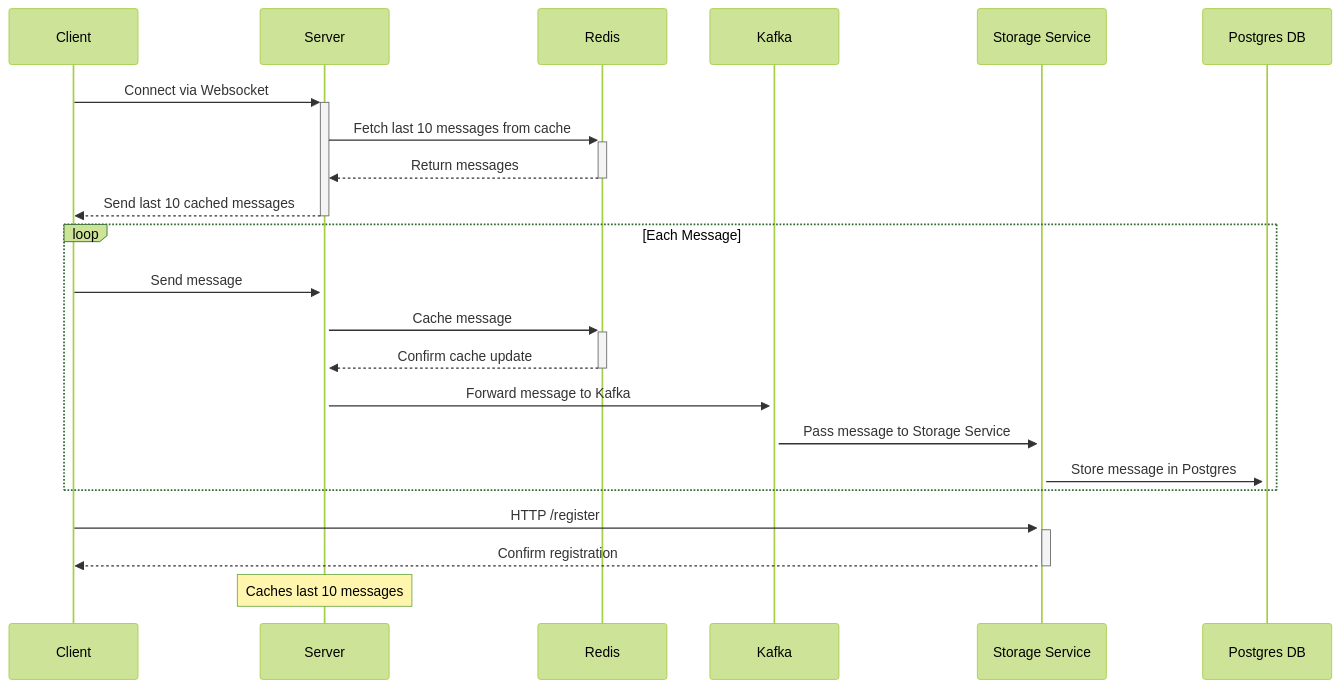
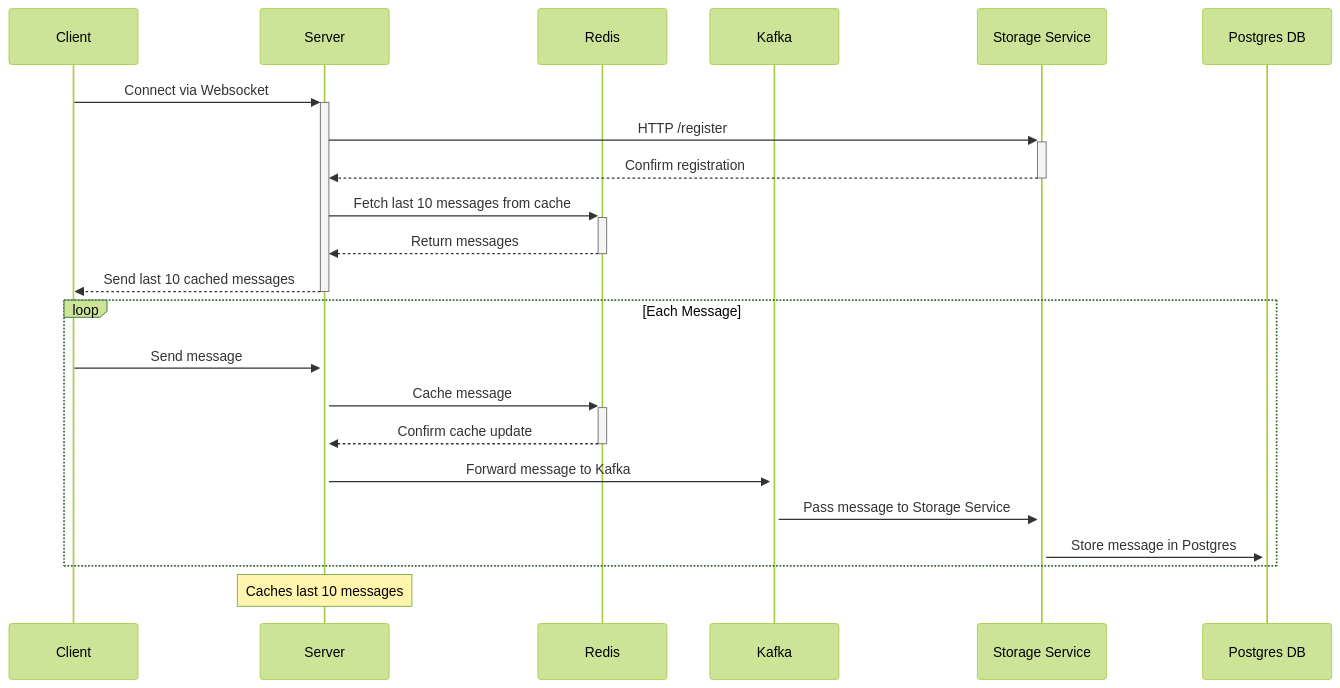
One commit to vlasashk/websocket-chat changed the diagram in README.md. Above: the diagram before and after it, drawn with Mermaid (forest theme).

Commit message:
UPD: README.md

````diff
--- a/README.md
+++ b/README.md
@@ -28,28 +28,27 @@
 ```mermaid
 sequenceDiagram
     participant C as Client
     participant S as Server
     participant R as Redis
     participant K as Kafka
     participant SS as Storage Service
     participant P as Postgres DB
 
     C->>+S: Connect via Websocket
+    S->>+SS: HTTP /register
+    SS-->>-S: Confirm registration
     S->>+R: Fetch last 10 messages from cache
     R-->>-S: Return messages
     S-->>-C: Send last 10 cached messages
 
     loop Each Message
         C->>+S: Send message
         S->>+R: Cache message
         R-->>-S: Confirm cache update
         S->>+K: Forward message to Kafka
         K->>+SS: Pass message to Storage Service
         SS->>+P: Store message in Postgres
     end
 
-    C->>+SS: HTTP /register
-    SS-->>-C: Confirm registration
-
     note over S: Caches last 10 messages
 ```
````
